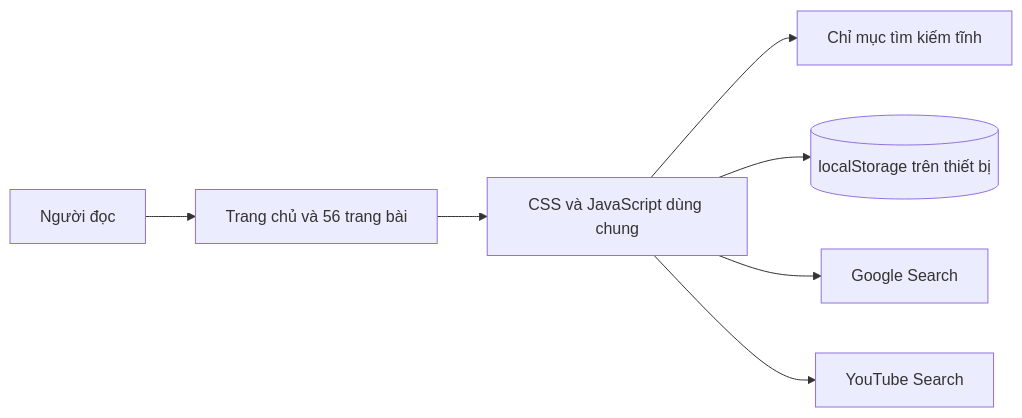
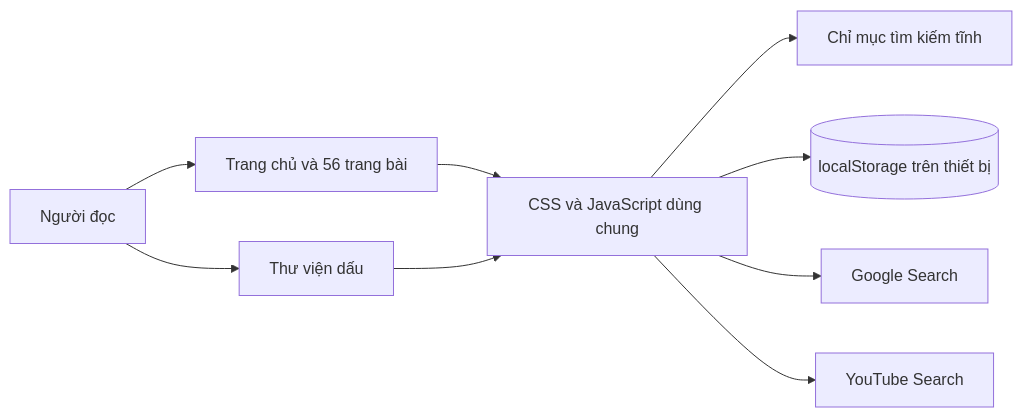
One commit to danghoangsqtt-sys/Ebook-basic-circuit changed the first of 4 diagrams in .DHSYSTEM/ARCHITECTURE.md. Above: the diagram before and after it, drawn with Mermaid. The commit also changed other lines of this file and 11 other files, not shown here.

````diff
--- a/.DHSYSTEM/ARCHITECTURE.md
+++ b/.DHSYSTEM/ARCHITECTURE.md
@@ -56,9 +58,11 @@
 ```mermaid
 flowchart LR
   U[Người đọc] --> P[Trang chủ và 56 trang bài]
+  U --> H[Thư viện dấu]
   P --> A[CSS và JavaScript dùng chung]
+  H --> A
   A --> I[Chỉ mục tìm kiếm tĩnh]
   A --> L[(localStorage trên thiết bị)]
   A --> G[Google Search]
   A --> Y[YouTube Search]
 ```
````
